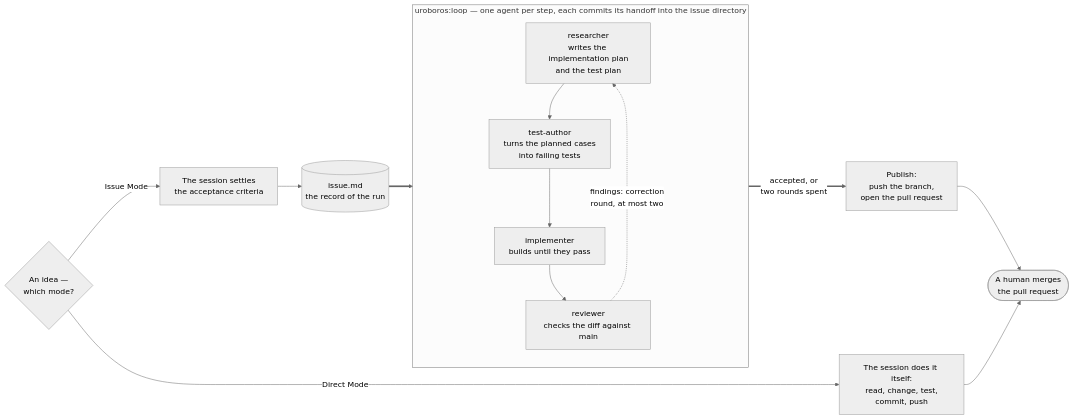
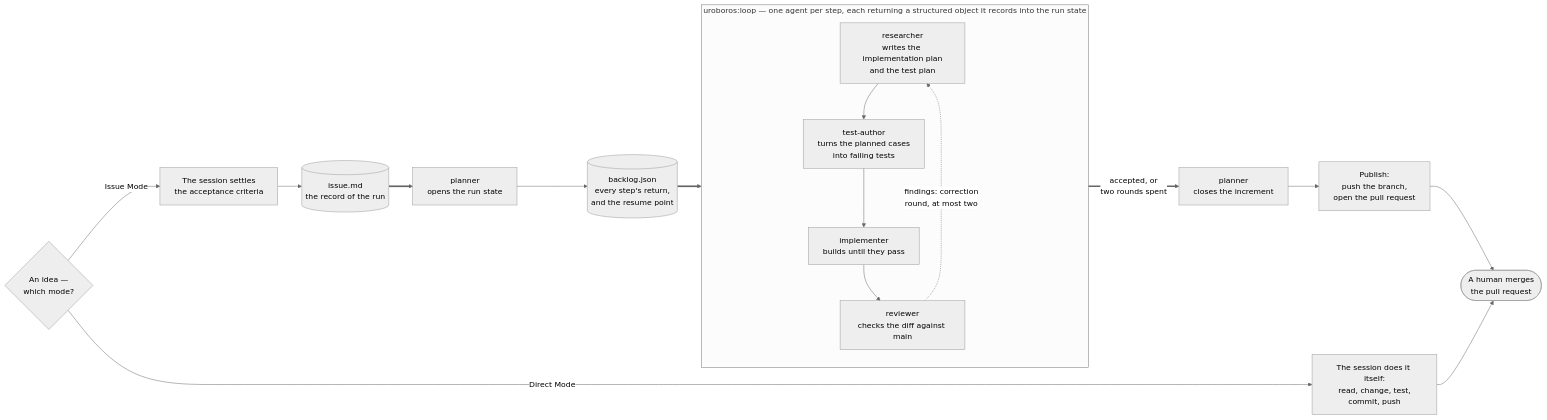
One commit to artkoenig/athena changed the first of 4 diagrams in README.md. Above: the diagram before and after it, drawn with Mermaid (neutral theme). The commit also changed other lines of this file and 14 other files, not shown here.

````diff
--- a/README.md
+++ b/README.md
@@ -27,22 +27,25 @@
 ```mermaid
 flowchart LR
     MODE{"An idea —<br/>which mode?"}
     MODE -->|"Direct Mode"| DIRECT["The session does it itself:<br/>read, change, test,<br/>commit, push"]
     MODE -->|"Issue Mode"| CRIT["The session settles<br/>the acceptance criteria"]
     CRIT --> ISSUE[("issue.md<br/>the record of the run")]
-    ISSUE ==> RES
+    ISSUE ==> OPEN["planner<br/>opens the run state"]
+    OPEN --> STATE[("backlog.json<br/>every step's return,<br/>and the resume point")]
+    STATE ==> RES
 
-    subgraph LOOP["uroboros:loop — one agent per step, each commits its handoff into the issue directory"]
+    subgraph LOOP["uroboros:loop — one agent per step, each returning a structured object it records into the run state"]
         direction TB
         RES["researcher<br/>writes the implementation plan<br/>and the test plan"]
         TEST["test-author<br/>turns the planned cases<br/>into failing tests"]
         IMPL["implementer<br/>builds until they pass"]
         REV["reviewer<br/>checks the diff against main"]
         RES --> TEST --> IMPL --> REV
         REV -.->|"findings: correction<br/>round, at most two"| RES
     end
 
-    REV ==>|"accepted, or<br/>two rounds spent"| PUB["Publish:<br/>push the branch,<br/>open the pull request"]
+    REV ==>|"accepted, or<br/>two rounds spent"| CLOSE["planner<br/>closes the increment"]
+    CLOSE --> PUB["Publish:<br/>push the branch,<br/>open the pull request"]
     PUB --> MERGE(["A human merges<br/>the pull request"])
     DIRECT --> MERGE
 ```
````
